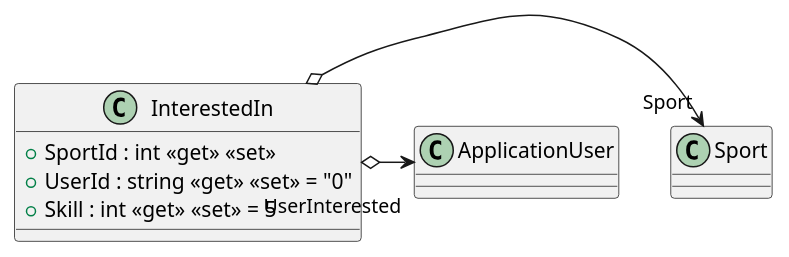
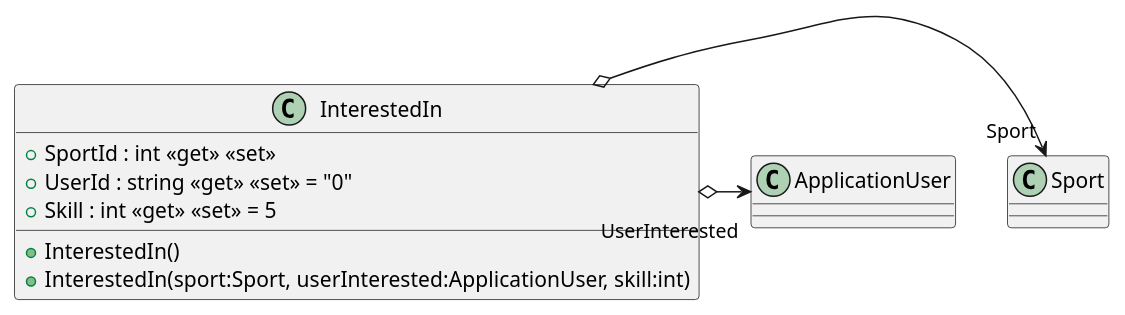
One commit to SEII2627ZeroDay/ISII2627ZeroDay changed the diagram in src/AppForSEII.API/ClassDiagram/src/AppForSEII.API/Models/InterestedIn.puml. Above: the diagram before and after it, drawn with PlantUML. The commit also changed 11 other files, not shown here.

Commit message:
fix: add Team and domain model constructors, include InterestedIn in ApplicationUser, and update SeedData to use constructors without TeamInvitation

```diff
--- a/src/AppForSEII.API/ClassDiagram/src/AppForSEII.API/Models/InterestedIn.puml
+++ b/src/AppForSEII.API/ClassDiagram/src/AppForSEII.API/Models/InterestedIn.puml
@@ -1,9 +1,11 @@
 @startuml
 class InterestedIn {
+    + InterestedIn()
+    + InterestedIn(sport:Sport, userInterested:ApplicationUser, skill:int)
     + SportId : int <<get>> <<set>>
     + UserId : string <<get>> <<set>> = "0"
     + Skill : int <<get>> <<set>> = 5
 }
 InterestedIn o-> "Sport" Sport
 InterestedIn o-> "UserInterested" ApplicationUser
 @enduml
```
